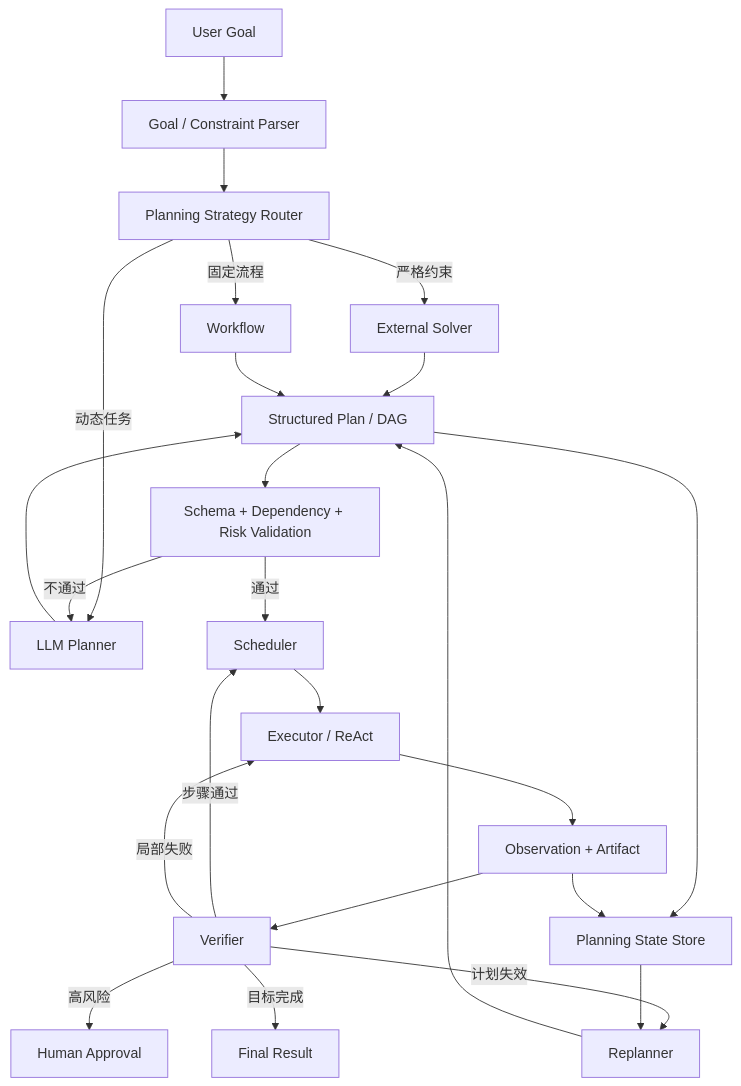
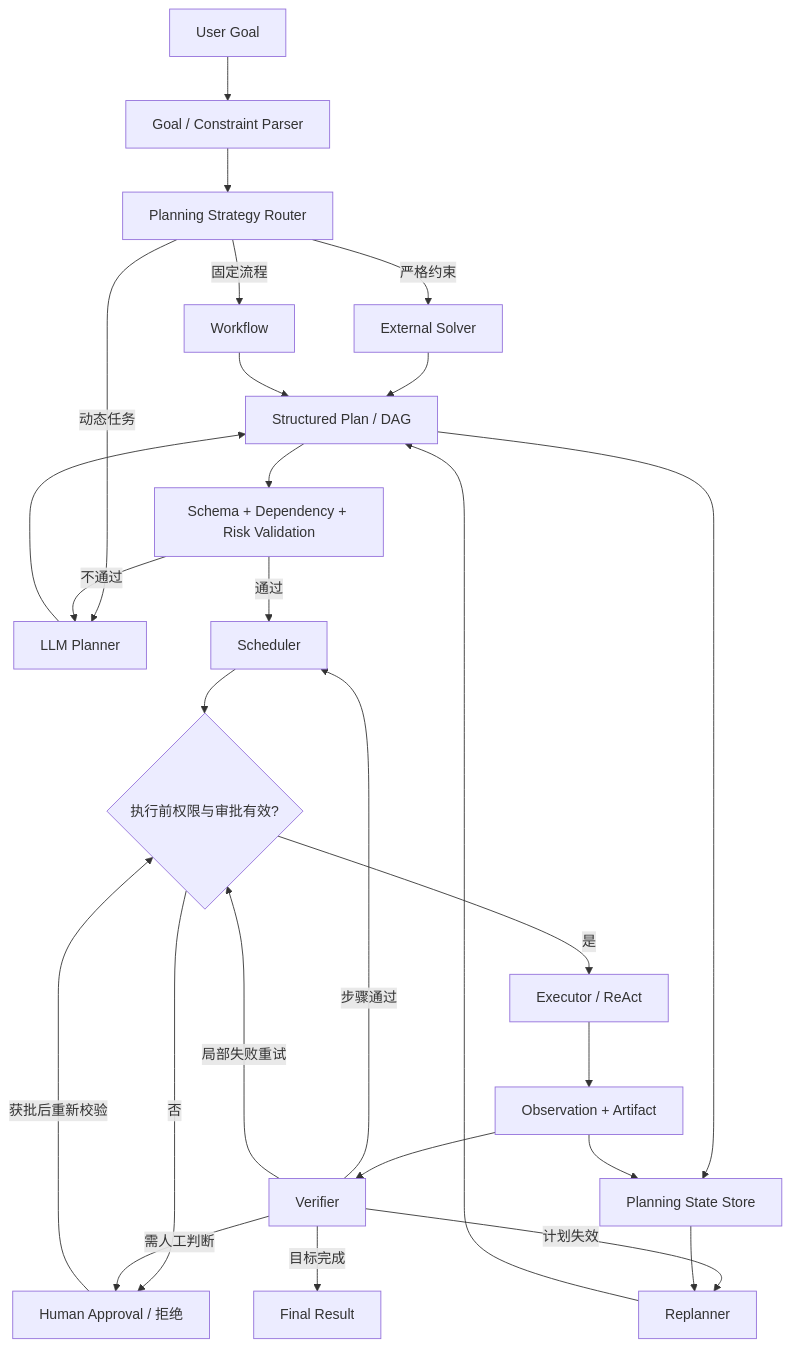
Diagram 17 of 17 in docs/agent/02-reasoning-planning/11-llm-agent-planning.md (oneleaveknowsthefall/awesome-ai-roadmap), drawn with Mermaid before and after one commit. The commit also changed other lines of this file and 50 other files, not shown here.

````diff
--- a/docs/agent/02-reasoning-planning/11-llm-agent-planning.md
+++ b/docs/agent/02-reasoning-planning/11-llm-agent-planning.md
@@ -980,32 +1013,35 @@
 ```mermaid
 flowchart TB
     INPUT[User Goal] --> NORMALIZE[Goal / Constraint Parser]
     NORMALIZE --> ROUTER[Planning Strategy Router]
 
     ROUTER -->|固定流程| WF[Workflow]
     ROUTER -->|动态任务| PLANNER[LLM Planner]
     ROUTER -->|严格约束| SOLVER[External Solver]
 
     PLANNER --> PLAN[Structured Plan / DAG]
     SOLVER --> PLAN
     WF --> PLAN
 
     PLAN --> VALIDATE[Schema + Dependency + Risk Validation]
     VALIDATE -->|不通过| PLANNER
     VALIDATE -->|通过| SCHED[Scheduler]
 
-    SCHED --> EXEC[Executor / ReAct]
+    SCHED --> GATE{执行前权限与审批有效?}
+    GATE -->|是| EXEC[Executor / ReAct]
+    GATE -->|否| HUMAN[Human Approval / 拒绝]
+    HUMAN -->|获批后重新校验| GATE
     EXEC --> OBS[Observation + Artifact]
     OBS --> VERIFY[Verifier]
 
     VERIFY -->|步骤通过| SCHED
-    VERIFY -->|局部失败| EXEC
+    VERIFY -->|局部失败重试| GATE
     VERIFY -->|计划失效| REPLAN[Replanner]
     REPLAN --> PLAN
-    VERIFY -->|高风险| HUMAN[Human Approval]
+    VERIFY -->|需人工判断| HUMAN
     VERIFY -->|目标完成| DONE[Final Result]
 
     PLAN --> STATE[Planning State Store]
     OBS --> STATE
     STATE --> REPLAN
 ```
````
